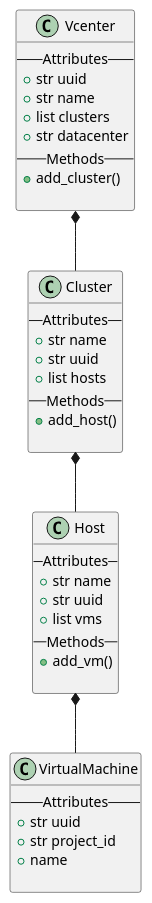
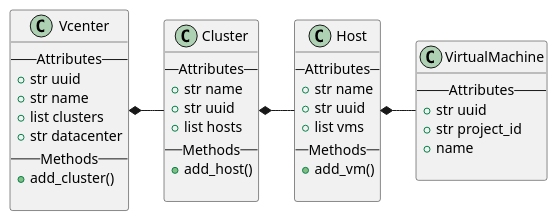
The diagram in vrops-exporter.puml (christopherhans/uml), drawn with PlantUML before and after one commit.

```diff
--- a/vrops-exporter.puml
+++ b/vrops-exporter.puml
@@ -1,48 +1,48 @@
 @startuml
 
 
-Vcenter *-- Cluster
-Cluster *-- Host
-Host *-- VirtualMachine
+Vcenter *- Cluster
+Cluster *- Host
+Host *- VirtualMachine
 
 
 class Vcenter {
     -- Attributes --
     + str uuid
     + str name
     + list clusters
     + str datacenter
     -- Methods --
     + add_cluster()
 
 }
 
 class Cluster {
     -- Attributes --
     + str name
     + str uuid
     + list hosts
     -- Methods --
     + add_host()
 
 }
 
 class Host {
     -- Attributes --
     + str name
     + str uuid
     + list vms
     -- Methods --
     + add_vm()
 
 }
 
 class VirtualMachine {
     -- Attributes --
     + str uuid
     + str project_id
     + name
 
 }
 
 @enduml
```
